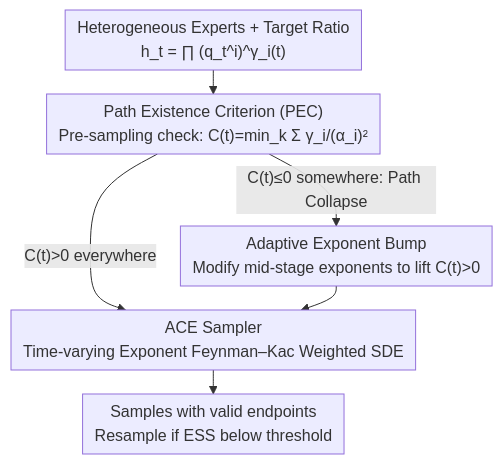
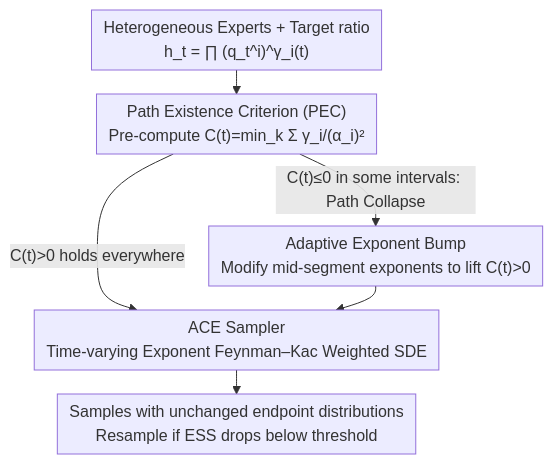
The diagram in docs/ICML2026/computational_biology/on_the_collapse_of_generative_paths_a_criterion_and_correction_for_diffusion_ste.md (zhaoyang97/Paper-Notes-en), drawn with Mermaid before and after one commit. The commit also changed other lines of this file and 5084 other files, not shown here.

````diff
--- a/docs/ICML2026/computational_biology/on_the_collapse_of_generative_paths_a_criterion_and_correction_for_diffusion_ste.md
+++ b/docs/ICML2026/computational_biology/on_the_collapse_of_generative_paths_a_criterion_and_correction_for_diffusion_ste.md
@@ -42,9 +42,9 @@
 ```mermaid
 %%{init: {'flowchart': {'rankSpacing': 24, 'nodeSpacing': 28, 'padding': 6, 'wrappingWidth': 400}}}%%
 flowchart TD
-    A["Heterogeneous Experts + Target Ratio<br/>h_t = ∏ (q_t^i)^γ_i(t)"] --> B["Path Existence Criterion (PEC)<br/>Pre-sampling check: C(t)=min_k Σ γ_i/(α_i)²"]
-    B -->|"C(t)>0 everywhere"| E["ACE Sampler<br/>Time-varying Exponent Feynman–Kac Weighted SDE"]
-    B -->|"C(t)≤0 somewhere: Path Collapse"| C["Adaptive Exponent Bump<br/>Modify mid-stage exponents to lift C(t)>0"]
+    A["Heterogeneous Experts + Target ratio<br/>h_t = ∏ (q_t^i)^γ_i(t)"] --> B["Path Existence Criterion (PEC)<br/>Pre-compute C(t)=min_k Σ γ_i/(α_i)²"]
+    B -->|"C(t)>0 holds everywhere"| E["ACE Sampler<br/>Time-varying Exponent Feynman–Kac Weighted SDE"]
+    B -->|"C(t)≤0 in some intervals: Path Collapse"| C["Adaptive Exponent Bump<br/>Modify mid-segment exponents to lift C(t)>0"]
     C --> E
-    E --> F["Samples with valid endpoints<br/>Resample if ESS below threshold"]
+    E --> F["Samples with unchanged endpoint distributions<br/>Resample if ESS drops below threshold"]
 ```
````
